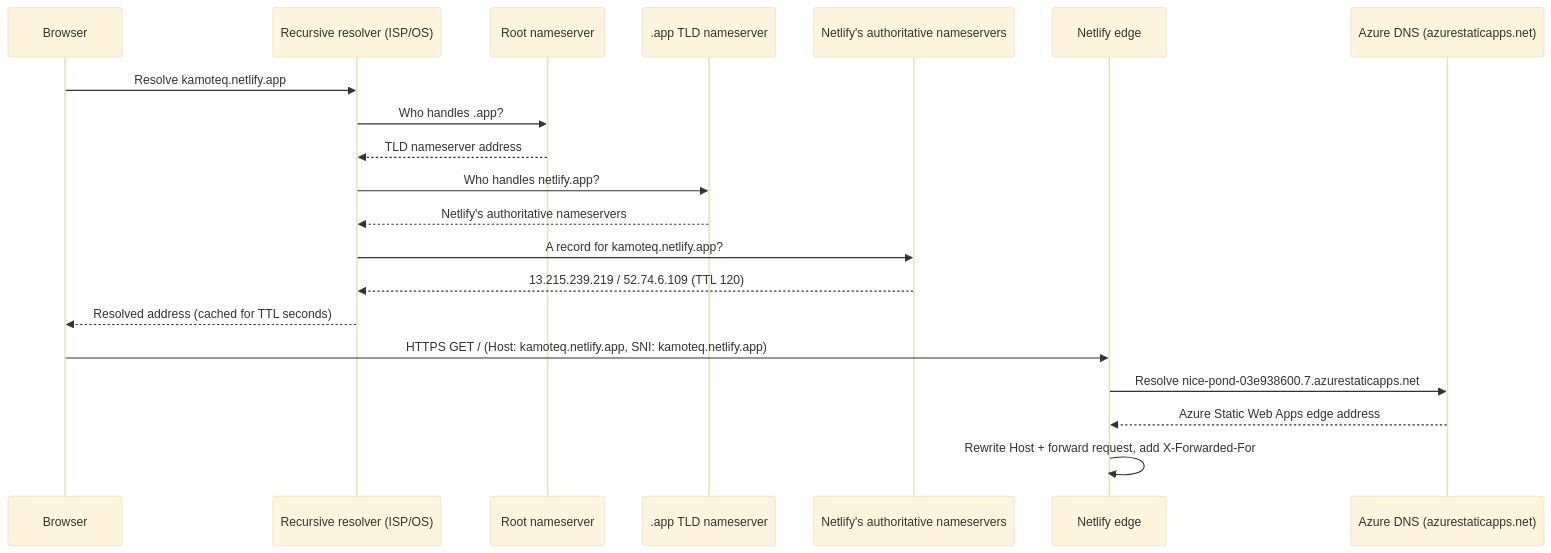
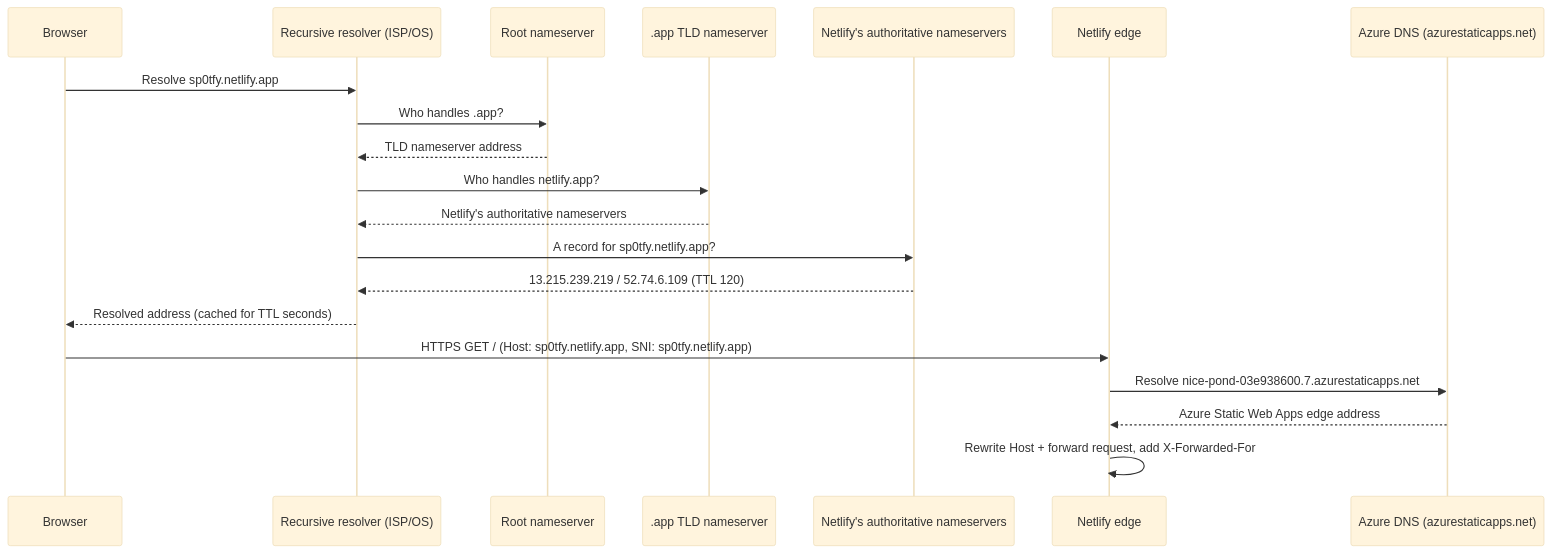
The first of 4 diagrams in FQDN_DNS_LAMP_INFRASTRUCTURE.md (13ntlent-afk/Mysp0tify), drawn with Mermaid (base theme) before and after one commit. The commit also changed other lines of this file and 8 other files, not shown here.

````diff
--- a/FQDN_DNS_LAMP_INFRASTRUCTURE.md
+++ b/FQDN_DNS_LAMP_INFRASTRUCTURE.md
@@ -103,23 +103,23 @@
 ```mermaid
 sequenceDiagram
     participant Browser
     participant Resolver as Recursive resolver (ISP/OS)
     participant Root as Root nameserver
     participant TLD as .app TLD nameserver
     participant Auth as Netlify's authoritative nameservers
     participant NL as Netlify edge
     participant AzDNS as Azure DNS (azurestaticapps.net)
 
-    Browser->>Resolver: Resolve kamoteq.netlify.app
+    Browser->>Resolver: Resolve sp0tfy.netlify.app
     Resolver->>Root: Who handles .app?
     Root-->>Resolver: TLD nameserver address
     Resolver->>TLD: Who handles netlify.app?
     TLD-->>Resolver: Netlify's authoritative nameservers
-    Resolver->>Auth: A record for kamoteq.netlify.app?
+    Resolver->>Auth: A record for sp0tfy.netlify.app?
     Auth-->>Resolver: 13.215.239.219 / 52.74.6.109 (TTL 120)
     Resolver-->>Browser: Resolved address (cached for TTL seconds)
-    Browser->>NL: HTTPS GET / (Host: kamoteq.netlify.app, SNI: kamoteq.netlify.app)
+    Browser->>NL: HTTPS GET / (Host: sp0tfy.netlify.app, SNI: sp0tfy.netlify.app)
     NL->>AzDNS: Resolve nice-pond-03e938600.7.azurestaticapps.net
     AzDNS-->>NL: Azure Static Web Apps edge address
     NL->>NL: Rewrite Host + forward request, add X-Forwarded-For
 ```
````
